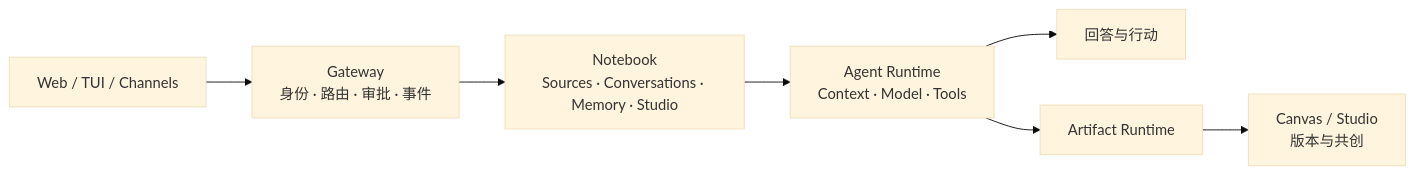
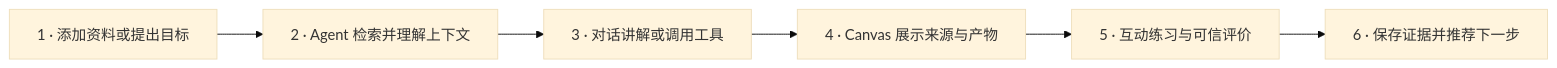
Before and after one commit to Timcai06/EduCanvas: the first of 2 diagrams in README.md, drawn with Mermaid (base theme). The commit also changed other lines of this file and 1 other file, not shown here.

````diff
--- a/README.md
+++ b/README.md
@@ -30,9 +55,8 @@
 ```mermaid
 flowchart LR
-    Surfaces[Web / TUI / Channels] --> Gateway[Gateway\n身份 · 路由 · 审批 · 事件]
-    Gateway --> Notebook[Notebook\nSources · Conversations · Memory · Studio]
-    Notebook --> Agent[Agent Runtime\nContext · Model · Tools]
-    Agent --> Answer[回答与行动]
-    Agent --> Artifact[Artifact Runtime]
-    Artifact --> Canvas[Canvas / Studio\n版本与共创]
+    A[1 · 添加资料或提出目标] --> B[2 · Agent 检索并理解上下文]
+    B --> C[3 · 对话讲解或调用工具]
+    C --> D[4 · Canvas 展示来源与产物]
+    D --> E[5 · 互动练习与可信评价]
+    E --> F[6 · 保存证据并推荐下一步]
 ```
````
